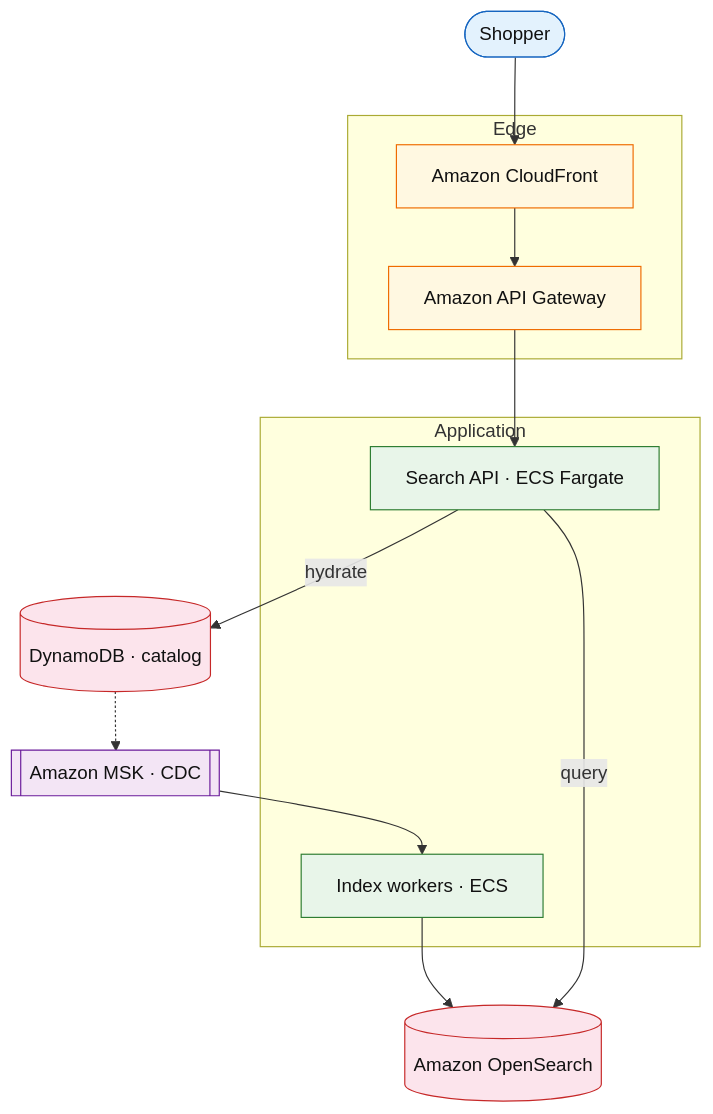
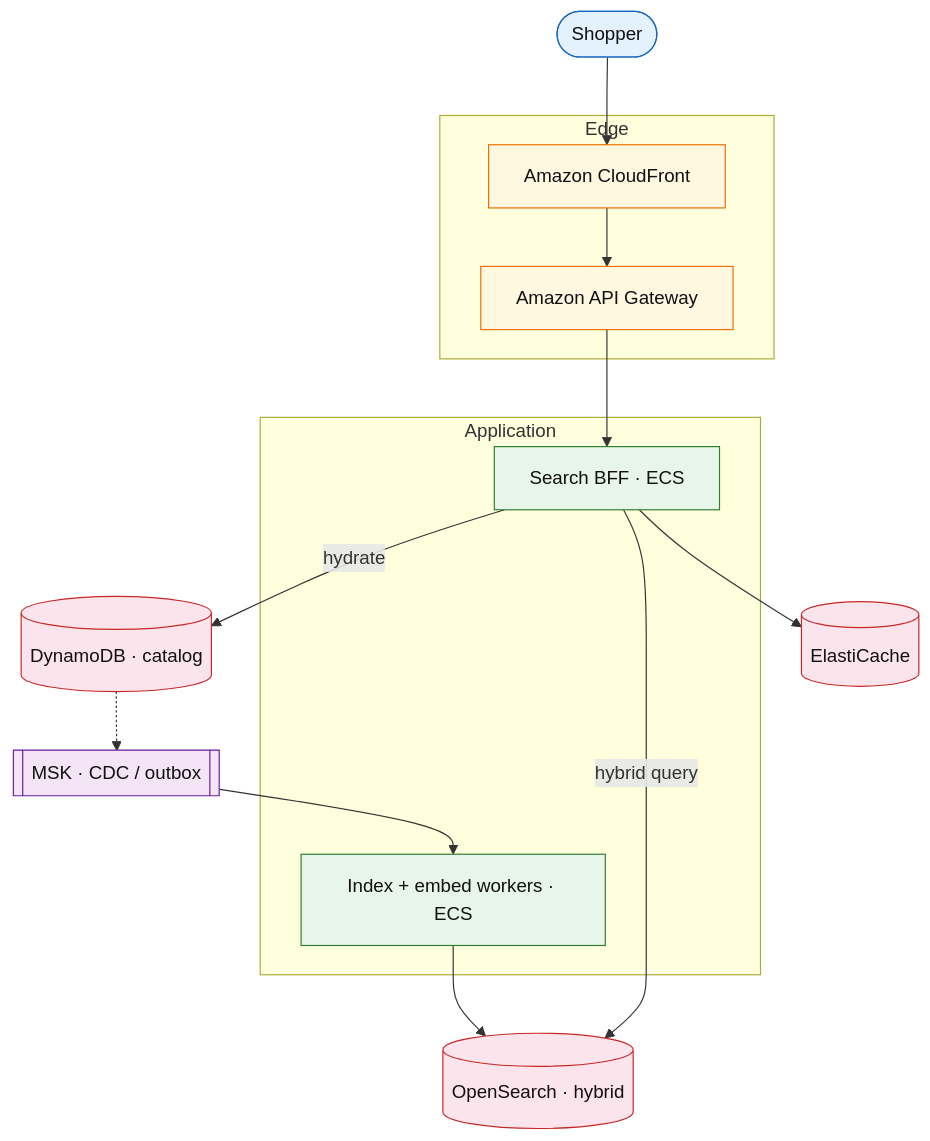
The diagram in system-design/examples/commerce/product-search.md (gardusig/interview), drawn with Mermaid before and after one commit. The commit also changed other lines of this file and 194 other files, not shown here.

````diff
--- a/system-design/examples/commerce/product-search.md
+++ b/system-design/examples/commerce/product-search.md
@@ -56,31 +68,33 @@
 ```mermaid
 flowchart TB
  shopper([Shopper])
  subgraph edge [Edge]
  cf[Amazon CloudFront]
  apigw[Amazon API Gateway]
  end
  subgraph app [Application]
- search[Search API · ECS Fargate]
- indexer[Index workers · ECS]
+ bff[Search BFF · ECS]
+ indexer[Index + embed workers · ECS]
  end
- os[(Amazon OpenSearch)]
+ os[(OpenSearch · hybrid)]
  catalog[(DynamoDB · catalog)]
- stream[[Amazon MSK · CDC]]
+ redis[(ElastiCache)]
+ stream[[MSK · CDC / outbox]]
 
- shopper --> cf --> apigw --> search
+ shopper --> cf --> apigw --> bff
  catalog -.-> stream --> indexer --> os
- search -->|query| os
- search -->|hydrate| catalog
+ bff -->|hybrid query| os
+ bff -->|hydrate| catalog
+ bff --> redis
 
  classDef user fill:#e3f2fd,#42a5f5,stroke:#1565c0,color:#111
  classDef edge fill:#fff8e1,#ffb74d,stroke:#ef6c00,color:#111
  classDef app fill:#e8f5e9,#66bb6a,stroke:#2e7d32,color:#111
  classDef data fill:#fce4ec,#ef5350,stroke:#c62828,color:#111
  classDef async fill:#f3e5f5,#ab47bc,stroke:#6a1b9a,color:#111
  class shopper user
  class cf,apigw edge
- class search,indexer app
- class os,catalog data
+ class bff,indexer app
+ class os,catalog,redis data
  class stream async
 ```
````
